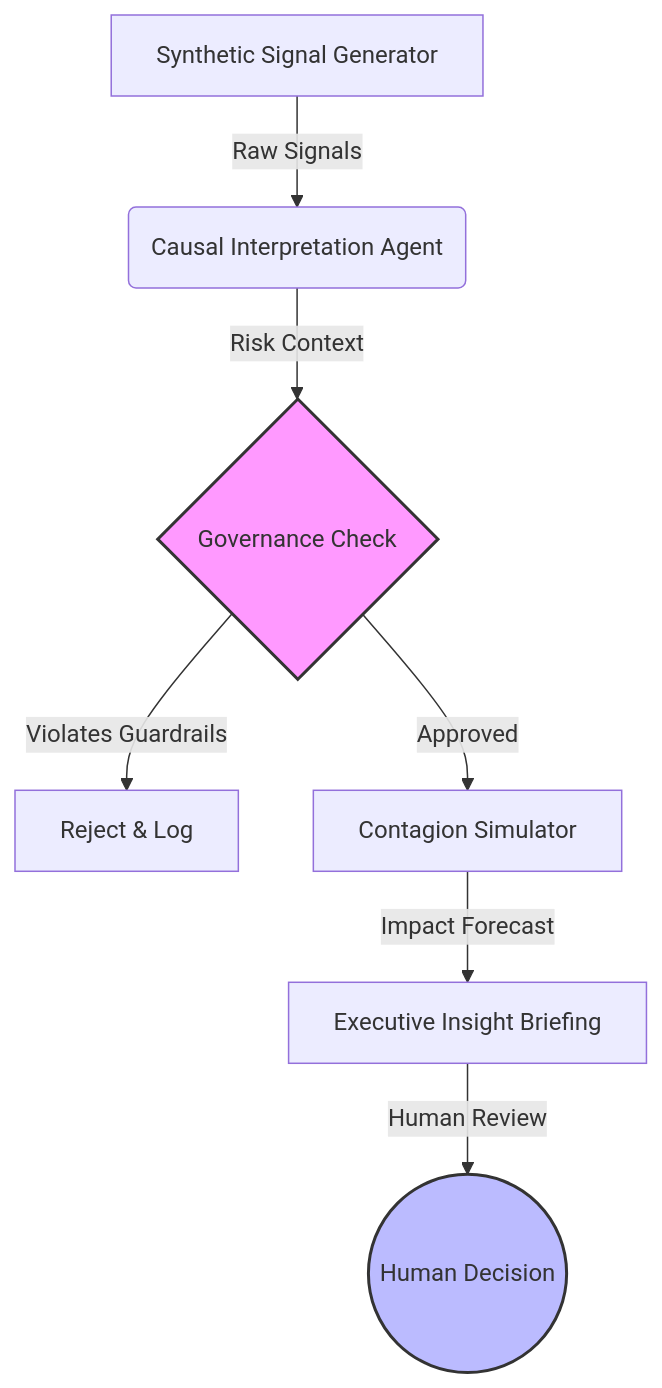
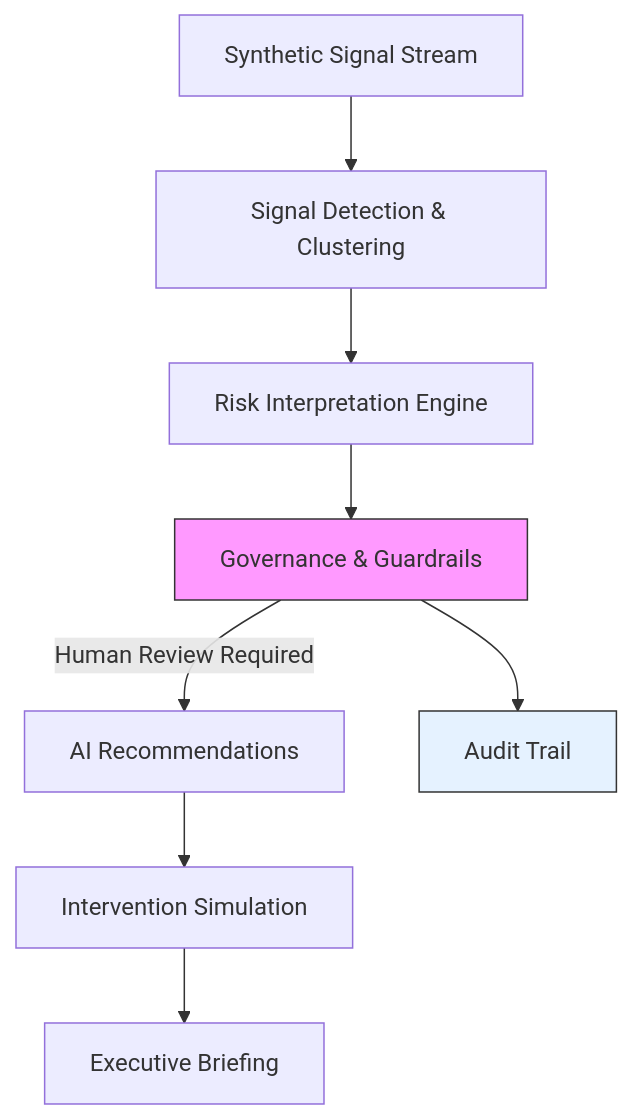
Before and after one commit to OverCh6rg3d/Bank-Reputational-Stress-Test: the first of 2 diagrams in README.md, drawn with Mermaid. The commit also changed other lines of this file, not shown here.

````diff
--- a/README.md
+++ b/README.md
@@ -40,13 +41,13 @@
 ```mermaid
-graph TD
-    A[Synthetic Signal Generator] -->|Raw Signals| B(Causal Interpretation Agent)
-    B -->|Risk Context| C{Governance Check}
-    C -->|Violates Guardrails| D[Reject & Log]
-    C -->|Approved| E[Contagion Simulator]
-    E -->|Impact Forecast| F[Executive Insight Briefing]
-    F -->|Human Review| G((Human Decision))
-    
-    style C fill:#f9f,stroke:#333,stroke-width:2px
-    style G fill:#bbf,stroke:#333,stroke-width:2px
+flowchart TD
+    A[Synthetic Signal Stream] --> B[Signal Detection & Clustering]
+    B --> C[Risk Interpretation Engine]
+    C --> D[Governance & Guardrails]
+    D -->|Human Review Required| E[AI Recommendations]
+    E --> F[Intervention Simulation]
+    F --> G[Executive Briefing]
+    D --> H[Audit Trail]
 
+    style D fill:#f9f,stroke:#333,stroke-width:1px
+    style H fill:#e5f2ff,stroke:#333,stroke-width:1px
 ```
````
